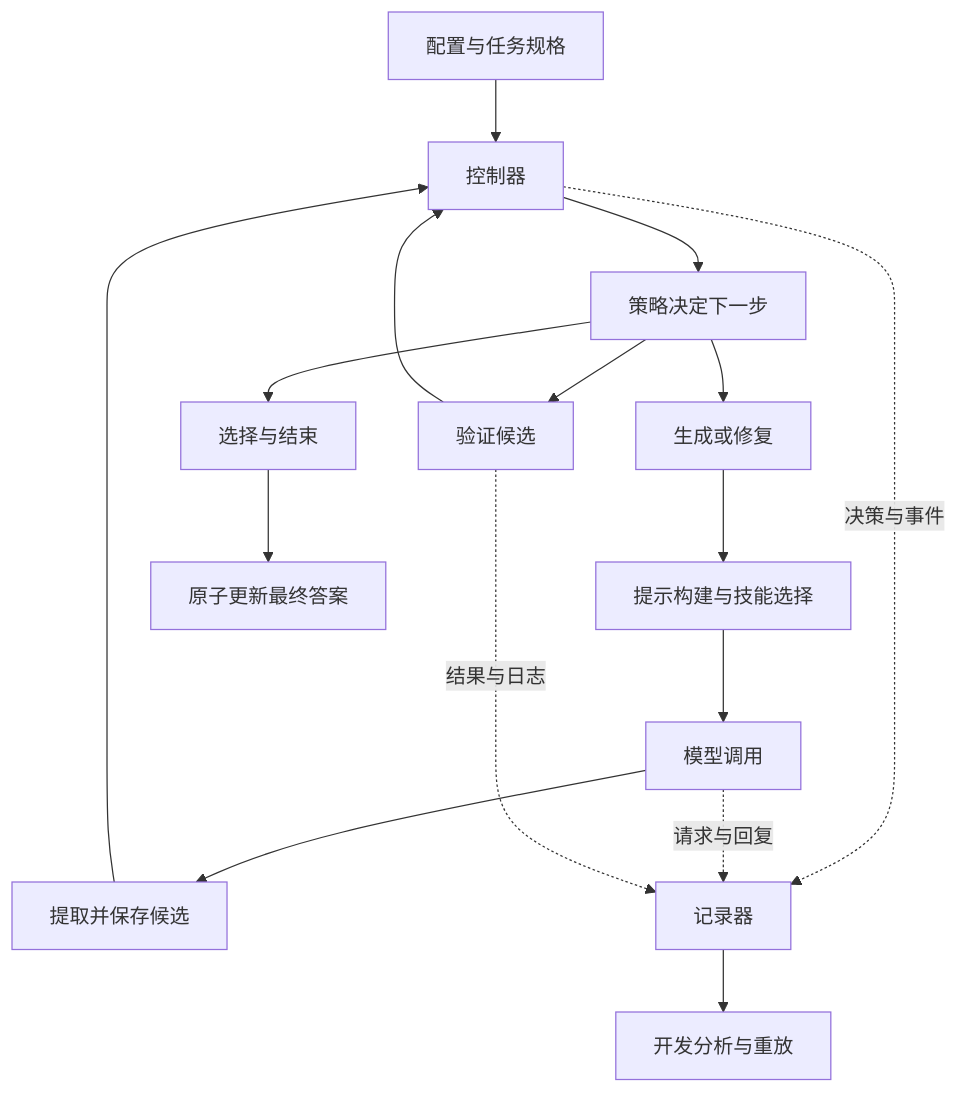
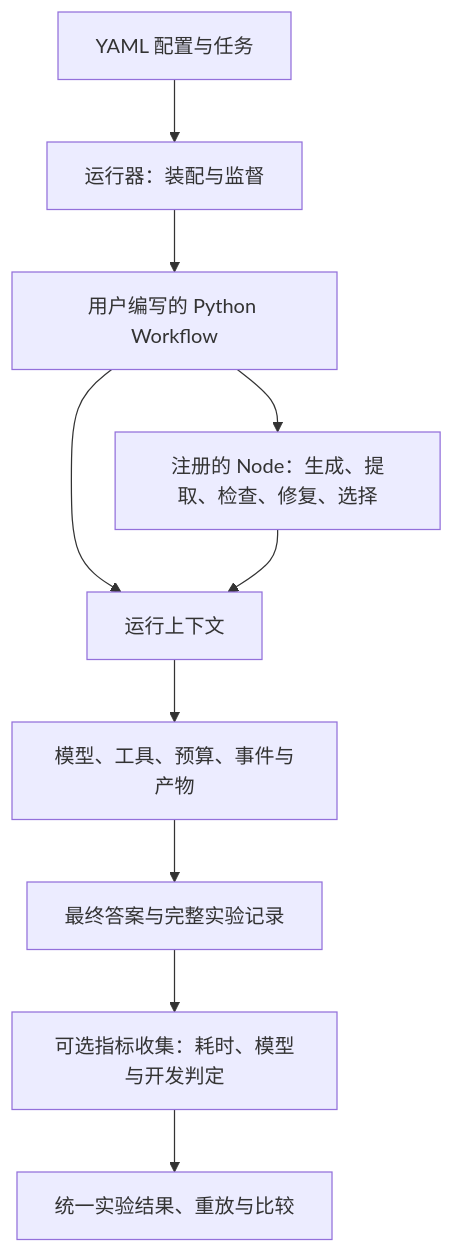
One commit to gugugu531/43240_rtlagent changed the diagram in 43240-agent/dev/notes/2026-10-05-agent-redesign-plan.md. Above: the diagram before and after it, drawn with Mermaid. The commit also changed other lines of this file and 2 other files, not shown here.

Commit message:
docs(dev): define workflow framework and unified metrics

````diff
--- a/43240-agent/dev/notes/2026-10-05-agent-redesign-plan.md
+++ b/43240-agent/dev/notes/2026-10-05-agent-redesign-plan.md
@@ -33,18 +39,12 @@
 ```mermaid
 flowchart TD
-    A[配置与任务规格] --> B[控制器]
-    B --> C[策略决定下一步]
-    C --> D[生成或修复]
-    D --> E[提示构建与技能选择]
-    E --> F[模型调用]
-    F --> G[提取并保存候选]
-    G --> B
-    C --> H[验证候选]
-    H --> B
-    C --> I[选择与结束]
-    I --> J[原子更新最终答案]
-    B -.决策与事件.-> K[记录器]
-    F -.请求与回复.-> K
-    H -.结果与日志.-> K
-    K --> L[开发分析与重放]
+    A[YAML 配置与任务] --> B[运行器：装配与监督]
+    B --> C[用户编写的 Python Workflow]
+    C --> D[注册的 Node：生成、提取、检查、修复、选择]
+    C --> E[运行上下文]
+    D --> E
+    E --> F[模型、工具、预算、事件与产物]
+    F --> G[最终答案与完整实验记录]
+    G --> H[可选指标收集：耗时、模型与开发判定]
+    H --> I[统一实验结果、重放与比较]
 ```
````
